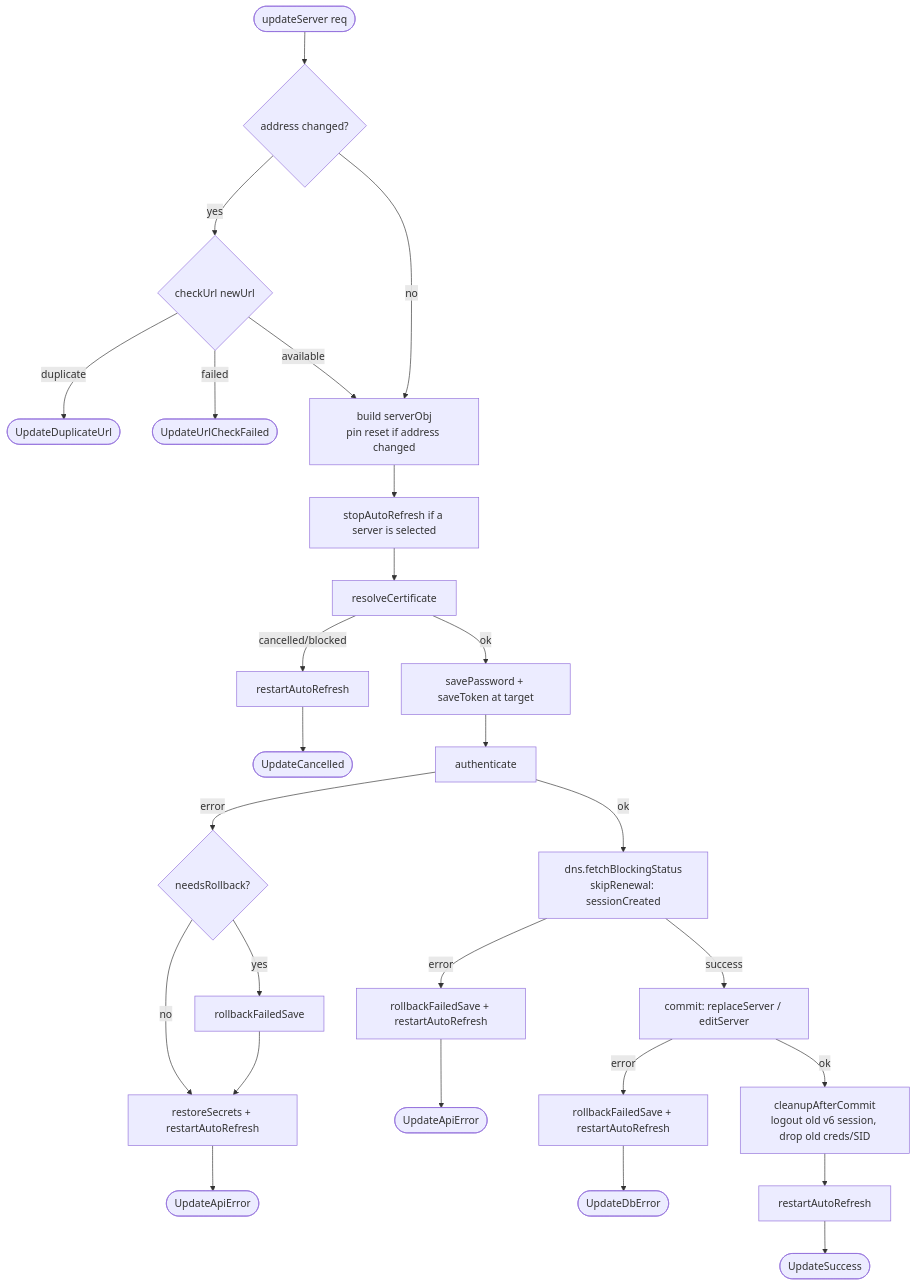
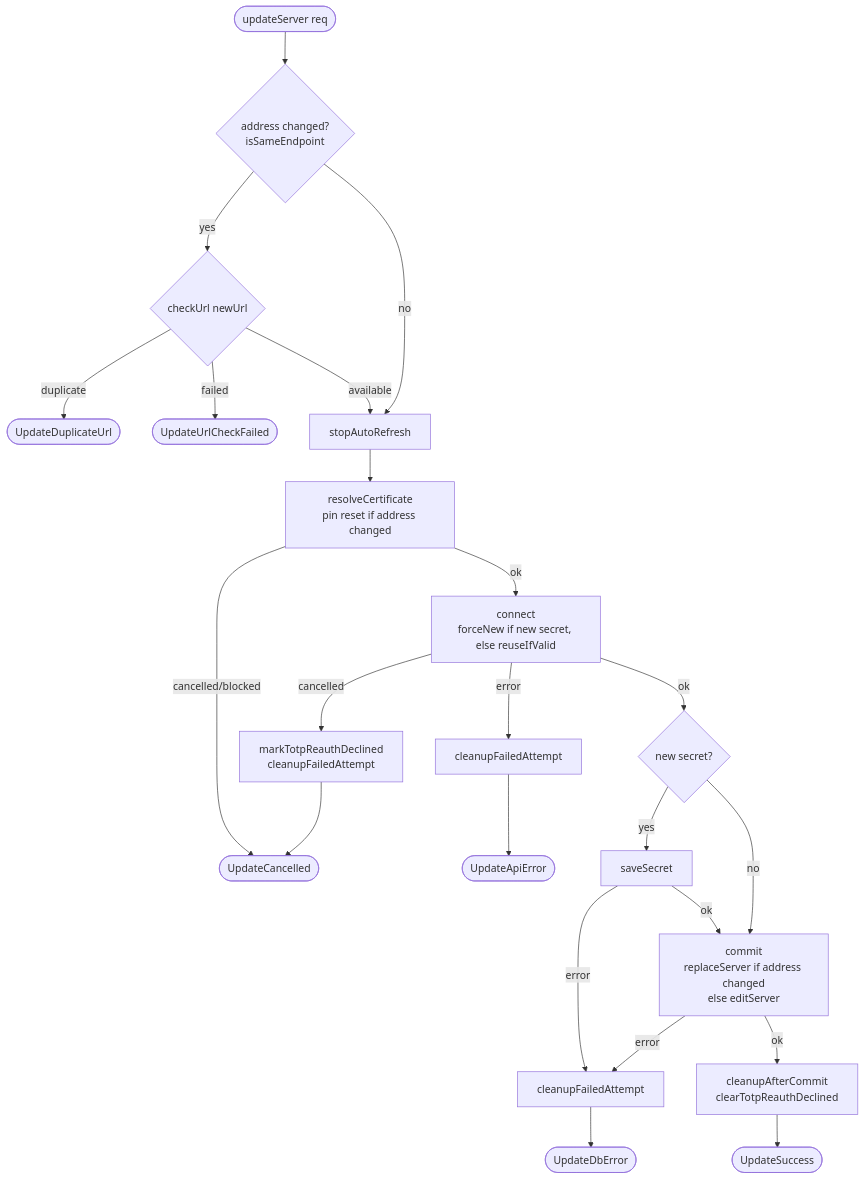
One commit to tsutsu3/pi-hole-client changed the third of 8 diagrams in docs/server-connection-flow.md. Above: the diagram before and after it, drawn with Mermaid. The commit also changed other lines of this file and 23 other files, not shown here.

Commit message:
refactor(servers): save credentials only after the connection check (#772)

````diff
--- a/docs/server-connection-flow.md
+++ b/docs/server-connection-flow.md
@@ -69,25 +98,22 @@
 ```mermaid
 flowchart TD
-  A([updateServer req]) --> B{address changed?}
+  A([updateServer req]) --> B{address changed?<br/>isSameEndpoint}
   B -- yes --> C{checkUrl newUrl}
   C -- duplicate --> CD([UpdateDuplicateUrl])
   C -- failed --> CF([UpdateUrlCheckFailed])
-  C -- available --> D[build serverObj<br/>pin reset if address changed]
-  B -- no --> D
-  D --> E[stopAutoRefresh if a server is selected]
-  E --> F[resolveCertificate]
-  F -- cancelled/blocked --> G[restartAutoRefresh] --> H([UpdateCancelled])
-  F -- ok --> I[savePassword + saveToken at target]
-  I --> J[authenticate]
-  J -- error --> K{needsRollback?}
-  K -- yes --> L[rollbackFailedSave]
-  K -- no --> M[restoreSecrets + restartAutoRefresh]
-  L --> M
-  M --> N([UpdateApiError])
-  J -- ok --> O[dns.fetchBlockingStatus<br/>skipRenewal: sessionCreated]
-  O -- error --> P[rollbackFailedSave + restartAutoRefresh] --> Q([UpdateApiError])
-  O -- success --> R[commit: replaceServer / editServer]
-  R -- error --> S[rollbackFailedSave + restartAutoRefresh] --> T([UpdateDbError])
-  R -- ok --> U[cleanupAfterCommit<br/>logout old v6 session, drop old creds/SID]
-  U --> V[restartAutoRefresh] --> W([UpdateSuccess])
+  C -- available --> E[stopAutoRefresh]
+  B -- no --> E
+  E --> F[resolveCertificate<br/>pin reset if address changed]
+  F -- cancelled/blocked --> H([UpdateCancelled])
+  F -- ok --> J[connect<br/>forceNew if new secret, else reuseIfValid]
+  J -- cancelled --> JC[markTotpReauthDeclined<br/>cleanupFailedAttempt] --> H
+  J -- error --> JE[cleanupFailedAttempt] --> JA([UpdateApiError])
+  J -- ok --> K{new secret?}
+  K -- yes --> S[saveSecret]
+  K -- no --> R
+  S -- error --> X[cleanupFailedAttempt] --> T([UpdateDbError])
+  S -- ok --> R[commit<br/>replaceServer if address changed<br/>else editServer]
+  R -- error --> X
+  R -- ok --> U[cleanupAfterCommit<br/>clearTotpReauthDeclined]
+  U --> W([UpdateSuccess])
 ```
````
